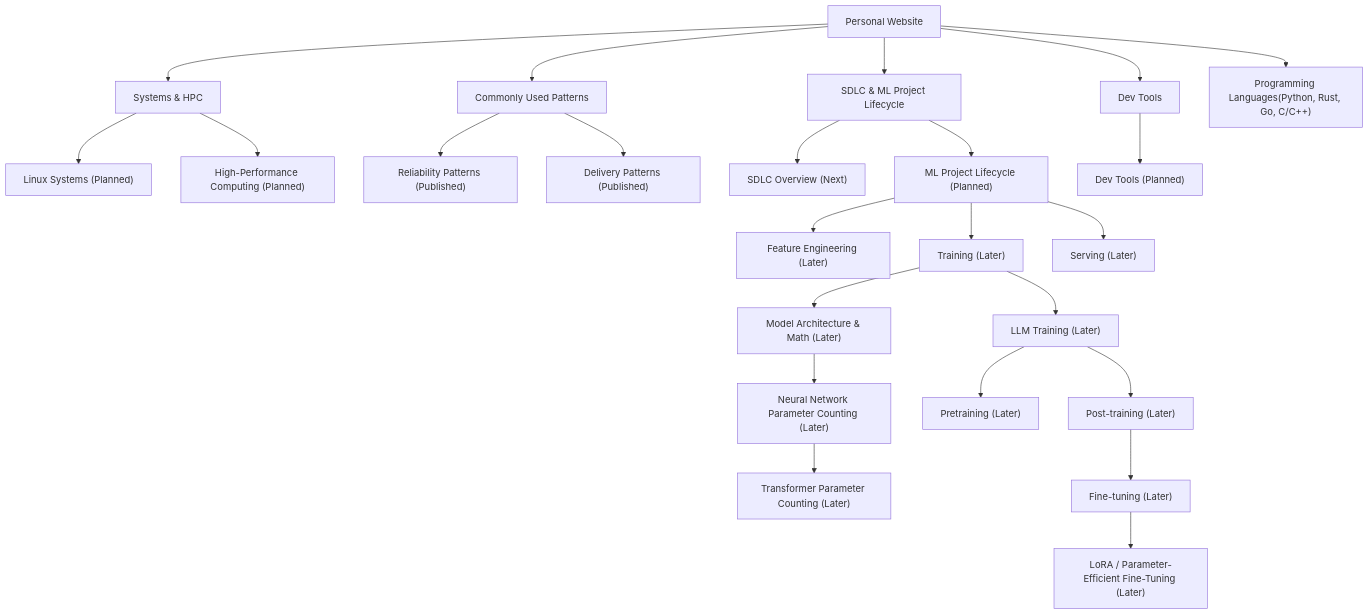
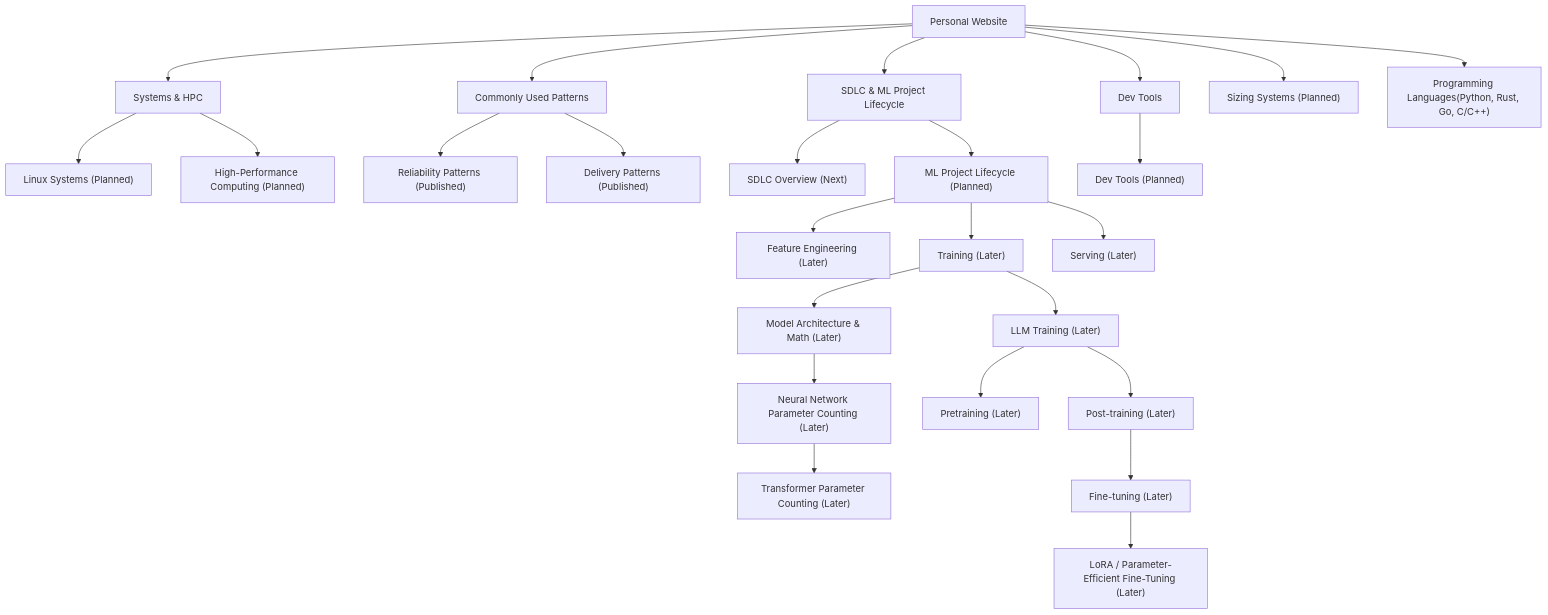
Before and after one commit to HCharlie/HCharlie.github.io: the diagram in src/roadmap/index.md, drawn with Mermaid. The commit also changed 1 other file, not shown here.

Commit message:
Add sizing systems to roadmap

```diff
--- a/src/roadmap/index.md
+++ b/src/roadmap/index.md
@@ -11,50 +11,52 @@
 <pre class="mermaid">
 flowchart TD
     Site["Personal Website"]
     Patterns["Commonly Used Patterns"]
     Lifecycle["SDLC &amp; ML Project Lifecycle"]
     Tools["Dev Tools"]
     SystemsHPC["Systems &amp; HPC"]
+    SizingSystems["Sizing Systems (Planned)"]
     LinuxSystems["Linux Systems (Planned)"]
     HPC["High-Performance Computing (Planned)"]
     Languages["Programming Languages(Python, Rust, Go, C/C++)"]
     Reliability["Reliability Patterns (Published)"]
     DeliveryPatterns["Delivery Patterns (Published)"]
     SDLC["SDLC Overview (Next)"]
     ML["ML Project Lifecycle (Planned)"]
     FeatureEngineering["Feature Engineering (Later)"]
     Training["Training (Later)"]
     ModelMath["Model Architecture &amp; Math (Later)"]
     ParameterCounting["Neural Network Parameter Counting (Later)"]
     TransformerParams["Transformer Parameter Counting (Later)"]
     LLMTraining["LLM Training (Later)"]
     Pretraining["Pretraining (Later)"]
     PostTraining["Post-training (Later)"]
     FineTuning["Fine-tuning (Later)"]
     LoRA["LoRA / Parameter-Efficient Fine-Tuning (Later)"]
     Serving["Serving (Later)"]
 
     Site --> Patterns
     Site --> Lifecycle
     Site --> Tools
     Site --> SystemsHPC
+    Site --> SizingSystems
     SystemsHPC --> LinuxSystems
     SystemsHPC --> HPC
     Site --> Languages
     Patterns --> Reliability
     Patterns --> DeliveryPatterns
     Lifecycle --> SDLC
     Lifecycle --> ML
     Tools --> DevTools["Dev Tools (Planned)"]
     ML --> FeatureEngineering
     ML --> Training
     ML --> Serving
     Training --> ModelMath
     ModelMath --> ParameterCounting
     ParameterCounting --> TransformerParams
     Training --> LLMTraining
     LLMTraining --> Pretraining
     LLMTraining --> PostTraining
     PostTraining --> FineTuning
     FineTuning --> LoRA
 </pre>
```
